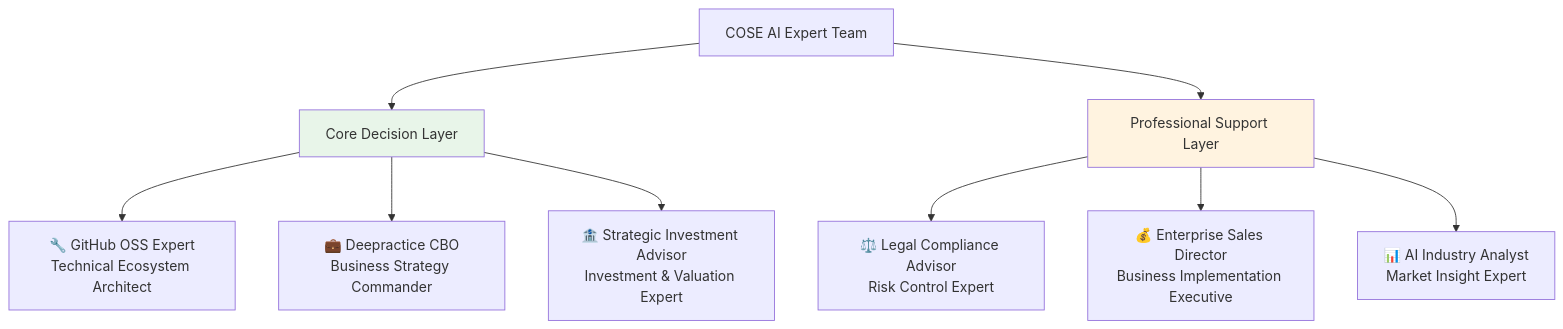
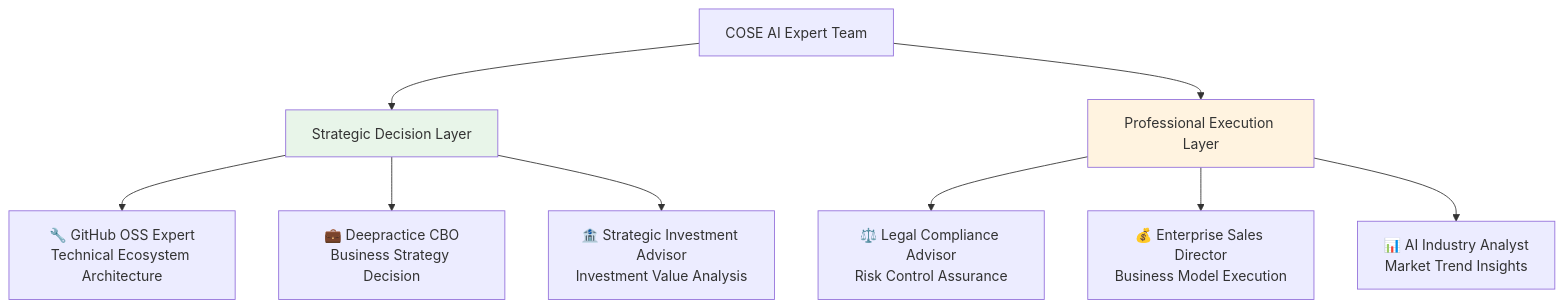
One commit to Deepractice/COSE changed the third of 3 diagrams in README_EN.md. Above: the diagram before and after it, drawn with Mermaid. The commit also changed other lines of this file and 6 other files, not shown here.

````diff
--- a/README_EN.md
+++ b/README_EN.md
@@ -62,16 +106,16 @@
 ```mermaid
 graph TD
-    A[COSE AI Expert Team] --> B[Core Decision Layer]
-    A --> C[Professional Support Layer]
+    A[COSE AI Expert Team] --> B[Strategic Decision Layer]
+    A --> C[Professional Execution Layer]
     
-    B --> B1[🔧 GitHub OSS Expert<br/>Technical Ecosystem Architect]
-    B --> B2[💼 Deepractice CBO<br/>Business Strategy Commander]
-    B --> B3[🏦 Strategic Investment Advisor<br/>Investment & Valuation Expert]
+    B --> B1[🔧 GitHub OSS Expert<br/>Technical Ecosystem Architecture]
+    B --> B2[💼 Deepractice CBO<br/>Business Strategy Decision]
+    B --> B3[🏦 Strategic Investment Advisor<br/>Investment Value Analysis]
     
-    C --> C1[⚖️ Legal Compliance Advisor<br/>Risk Control Expert]
-    C --> C2[💰 Enterprise Sales Director<br/>Business Implementation Executive]
-    C --> C3[📊 AI Industry Analyst<br/>Market Insight Expert]
+    C --> C1[⚖️ Legal Compliance Advisor<br/>Risk Control Assurance]
+    C --> C2[💰 Enterprise Sales Director<br/>Business Model Execution]
+    C --> C3[📊 AI Industry Analyst<br/>Market Trend Insights]
     
     style B fill:#e8f5e9
     style C fill:#fff3e0
 ```
````
